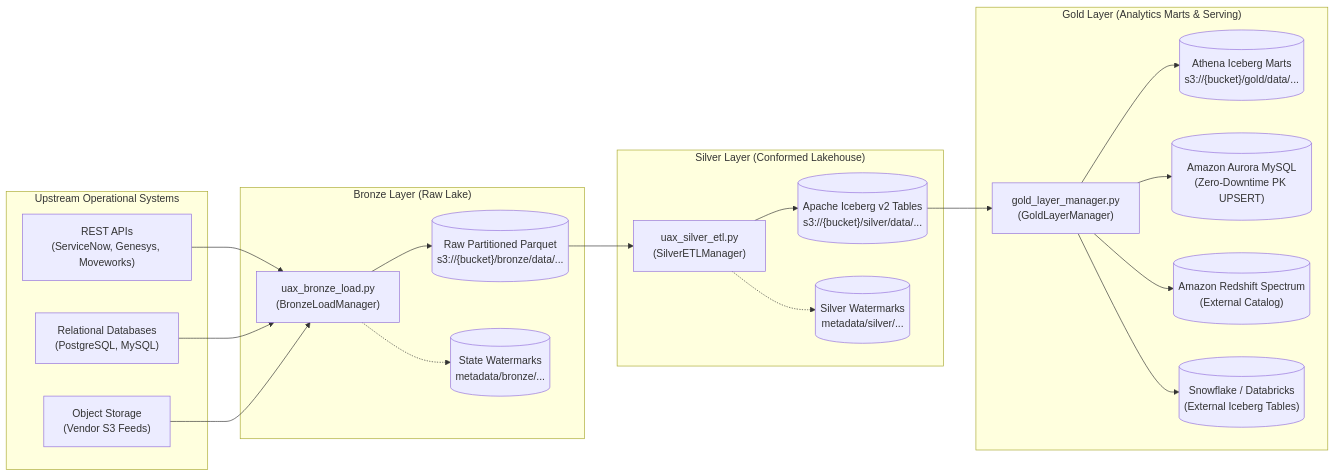
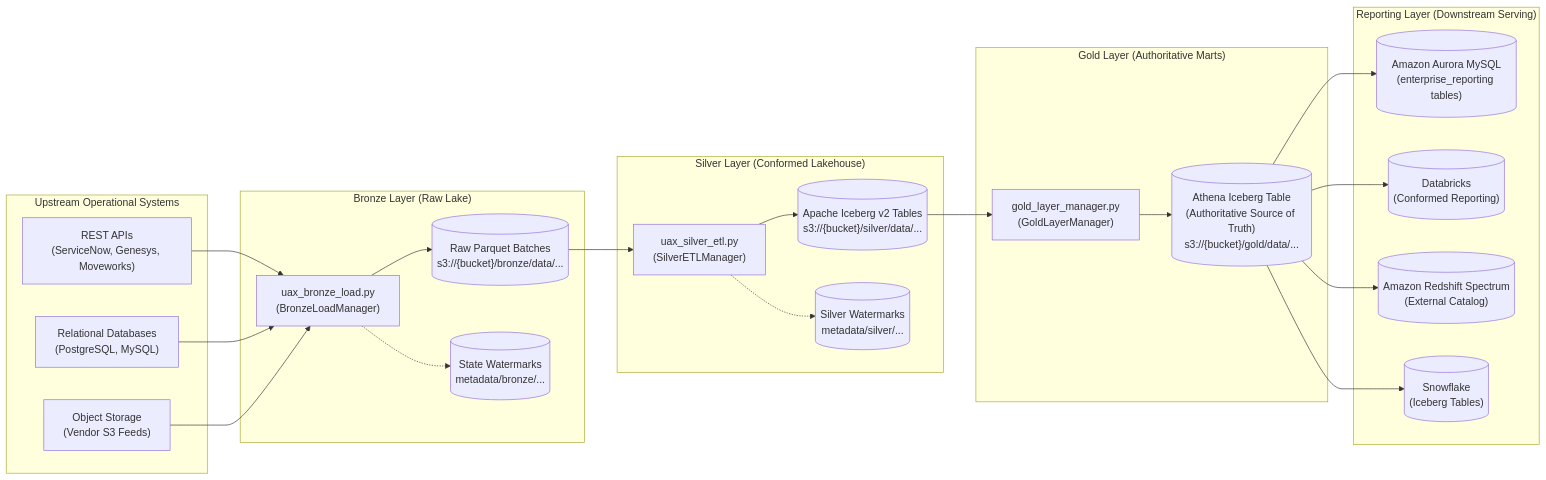
One commit to Nilkamal-m/Data-pipeline changed the diagram in README.md. Above: the diagram before and after it, drawn with Mermaid. The commit also changed other lines of this file and 7 other files, not shown here.

Commit message:
docs: standardize partitioning, string flags ('Y'/'N'), and decouple Gold Iceberg table from downstream reporting layer

````diff
--- a/README.md
+++ b/README.md
@@ -11,44 +11,50 @@
 ```mermaid
 flowchart LR
     subgraph Sources ["Upstream Operational Systems"]
         REST["REST APIs\n(ServiceNow, Genesys, Moveworks)"]
         DB["Relational Databases\n(PostgreSQL, MySQL)"]
         S3F["Object Storage\n(Vendor S3 Feeds)"]
     end
 
     subgraph Bronze ["Bronze Layer (Raw Lake)"]
         BLoad["uax_bronze_load.py\n(BronzeLoadManager)"]
-        BParquet[("Raw Partitioned Parquet\ns3://{bucket}/bronze/data/...")]
+        BParquet[("Raw Parquet Batches\ns3://{bucket}/bronze/data/...")]
         BState[("State Watermarks\nmetadata/bronze/...")]
     end
 
     subgraph Silver ["Silver Layer (Conformed Lakehouse)"]
         SETL["uax_silver_etl.py\n(SilverETLManager)"]
         SIceberg[("Apache Iceberg v2 Tables\ns3://{bucket}/silver/data/...")]
         SWatermark[("Silver Watermarks\nmetadata/silver/...")]
     end
 
-    subgraph Gold ["Gold Layer (Analytics Marts & Serving)"]
+    subgraph Gold ["Gold Layer (Authoritative Marts)"]
         GMgr["gold_layer_manager.py\n(GoldLayerManager)"]
-        GIceberg[("Athena Iceberg Marts\ns3://{bucket}/gold/data/...")]
-        Aurora[("Amazon Aurora MySQL\n(Zero-Downtime PK UPSERT)")]
+        GIceberg[("Athena Iceberg Table\n(Authoritative Source of Truth)\ns3://{bucket}/gold/data/...")]
+    end
+
+    subgraph Reporting ["Reporting Layer (Downstream Serving)"]
+        Aurora[("Amazon Aurora MySQL\n(enterprise_reporting tables)")]
+        Databricks[("Databricks\n(Conformed Reporting)")]
         Redshift[("Amazon Redshift Spectrum\n(External Catalog)")]
-        Snowflake[("Snowflake / Databricks\n(External Iceberg Tables)")]
+        Snowflake[("Snowflake\n(Iceberg Tables)")]
     end
 
     REST --> BLoad
     DB --> BLoad
     S3F --> BLoad
     BLoad --> BParquet
     BLoad -.-> BState
 
     BParquet --> SETL
     SETL --> SIceberg
     SETL -.-> SWatermark
 
     SIceberg --> GMgr
     GMgr --> GIceberg
-    GMgr --> Aurora
-    GMgr --> Redshift
-    GMgr --> Snowflake
+
+    GIceberg --> Aurora
+    GIceberg --> Databricks
+    GIceberg --> Redshift
+    GIceberg --> Snowflake
 ```
````
